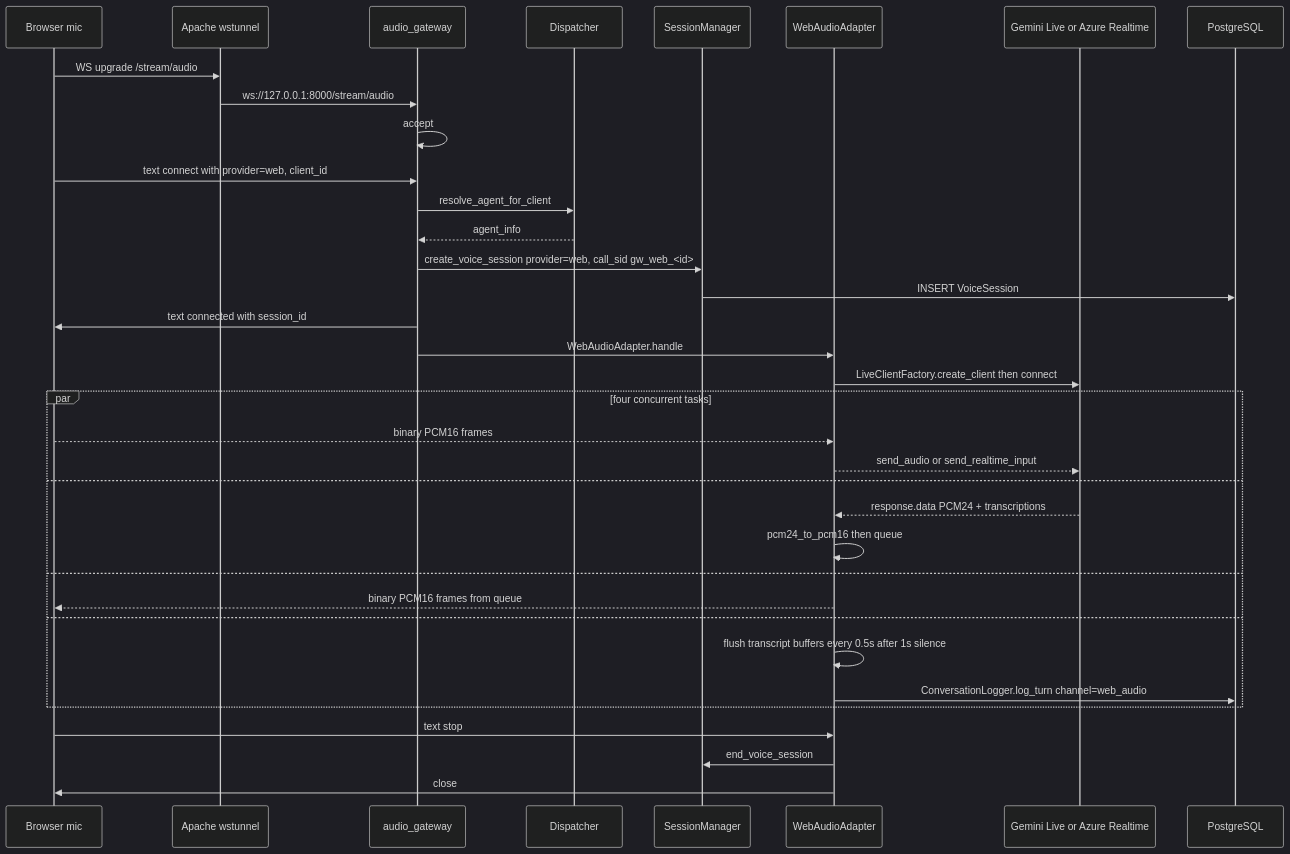
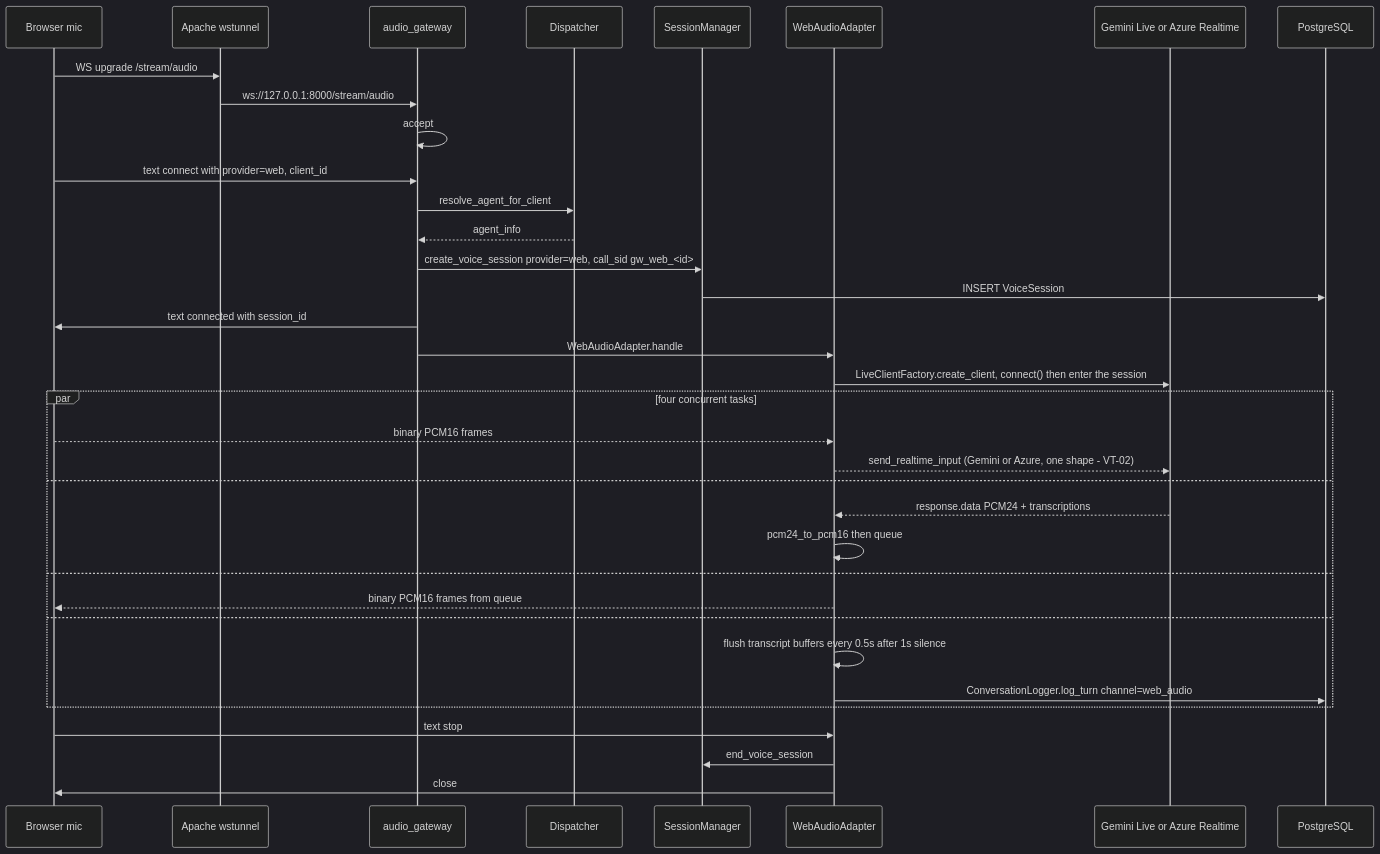
One commit to gondolerahul/hire-buddha-app changed the fourth of 14 diagrams in docs/current/13-gateway-and-realtime.md. Above: the diagram before and after it, drawn with Mermaid (dark theme). The commit also changed 8 other files, not shown here.

First line of the commit message:
fix(voice): Azure OpenAI Realtime runs a call the way Gemini Live does (VT-02, HD10)

````diff
--- a/docs/current/13-gateway-and-realtime.md
+++ b/docs/current/13-gateway-and-realtime.md
@@ -386,40 +386,40 @@
 ```mermaid
 sequenceDiagram
     participant BR as Browser mic
     participant AP as Apache wstunnel
     participant AG as audio_gateway
     participant D as Dispatcher
     participant SM as SessionManager
     participant WA as WebAudioAdapter
     participant AI as Gemini Live or Azure Realtime
     participant PG as PostgreSQL
 
     BR->>AP: WS upgrade /stream/audio
     AP->>AG: ws://127.0.0.1:8000/stream/audio
     AG->>AG: accept
     BR->>AG: text connect with provider=web, client_id
     AG->>D: resolve_agent_for_client
     D-->>AG: agent_info
     AG->>SM: create_voice_session provider=web, call_sid gw_web_<id>
     SM->>PG: INSERT VoiceSession
     AG->>BR: text connected with session_id
     AG->>WA: WebAudioAdapter.handle
 
-    WA->>AI: LiveClientFactory.create_client then connect
+    WA->>AI: LiveClientFactory.create_client, connect() then enter the session
     par four concurrent tasks
         BR-->>WA: binary PCM16 frames
-        WA-->>AI: send_audio or send_realtime_input
+        WA-->>AI: send_realtime_input (Gemini or Azure, one shape - VT-02)
     and
         AI-->>WA: response.data PCM24 + transcriptions
         WA->>WA: pcm24_to_pcm16 then queue
     and
         WA-->>BR: binary PCM16 frames from queue
     and
         WA->>WA: flush transcript buffers every 0.5s after 1s silence
         WA->>PG: ConversationLogger.log_turn channel=web_audio
     end
 
     BR->>WA: text stop
     WA->>SM: end_voice_session
     WA->>BR: close
 ```
````
